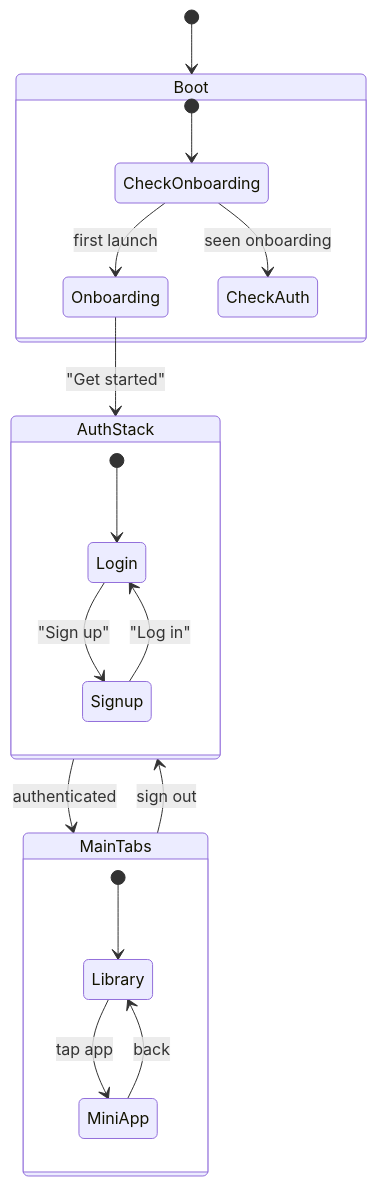
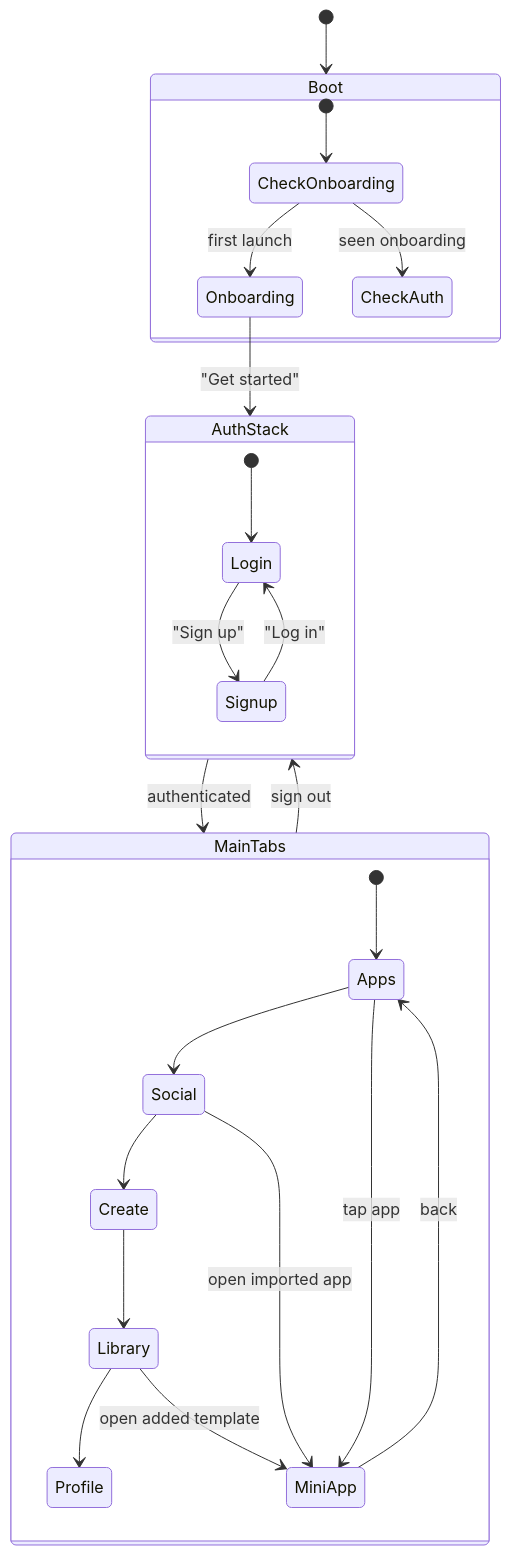
Before and after one commit to wartelth/baristapp: the diagram in docs/docs/app/navigation.md, drawn with Mermaid. The commit also changed other lines of this file and 119 other files, not shown here.

Commit message:
Update README and SQL setup; enhance app navigation and introduce new screens for social sharing and developer library. Implement location access in MiniAppRenderer and improve text rendering logic. Add new API endpoints for social features and refine data flow documentation.

````diff
--- a/docs/docs/app/navigation.md
+++ b/docs/docs/app/navigation.md
@@ -12,28 +12,34 @@
 ```mermaid
 stateDiagram-v2
     [*] --> Boot
 
     state Boot {
         [*] --> CheckOnboarding
         CheckOnboarding --> Onboarding: first launch
         CheckOnboarding --> CheckAuth: seen onboarding
     }
 
     Onboarding --> AuthStack: "Get started"
 
     state AuthStack {
         [*] --> Login
         Login --> Signup: "Sign up"
         Signup --> Login: "Log in"
     }
 
     AuthStack --> MainTabs: authenticated
 
     state MainTabs {
-        [*] --> Library
-        Library --> MiniApp: tap app
-        MiniApp --> Library: back
+        [*] --> Apps
+        Apps --> Social
+        Social --> Create
+        Create --> Library
+        Library --> Profile
+        Apps --> MiniApp: tap app
+        Social --> MiniApp: open imported app
+        Library --> MiniApp: open added template
+        MiniApp --> Apps: back
     }
 
     MainTabs --> AuthStack: sign out
 ```
````
